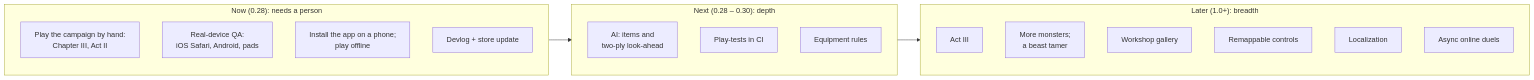
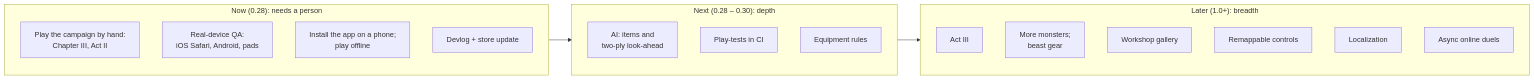
The second of 4 diagrams in docs/ROADMAP.md (CptNope/Chess-RPG-Tactics), drawn with Mermaid before and after one commit. The commit also changed other lines of this file and 30 other files, not shown here.

First line of the commit message:
0.28.0: the Beast Tamer: tame monsters, beasts join the squad

````diff
--- a/docs/ROADMAP.md
+++ b/docs/ROADMAP.md
@@ -85,26 +87,26 @@
 ```mermaid
 flowchart LR
     subgraph NOW["Now (0.28): needs a person"]
         direction TB
         N1["Play the campaign by hand:<br/>Chapter III, Act II"]
         N2["Real-device QA:<br/>iOS Safari, Android, pads"]
         N3["Install the app on a phone;<br/>play offline"]
         N4["Devlog + store update"]
     end
     subgraph NEXT["Next (0.28 – 0.30): depth"]
         direction TB
         X1["AI: items and<br/>two-ply look-ahead"]
         X5["Play-tests in CI"]
         X7["Equipment rules"]
     end
     subgraph LATER["Later (1.0+): breadth"]
         direction TB
         L1["Act III"]
-        L2["More monsters;<br/>a beast tamer"]
+        L2["More monsters;<br/>beast gear"]
         L4["Workshop gallery"]
         L5["Remappable controls"]
         L6["Localization"]
         L7["Async online duels"]
     end
     NOW --> NEXT --> LATER
 ```
````
